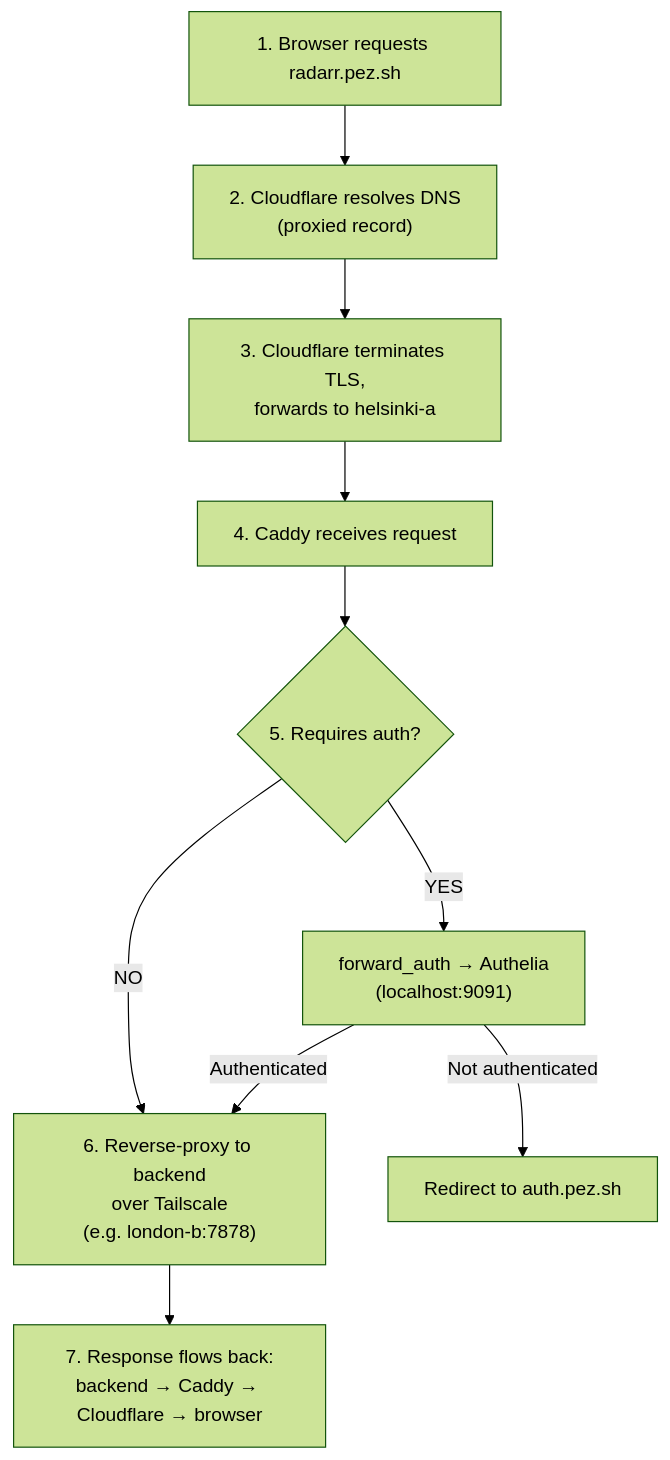
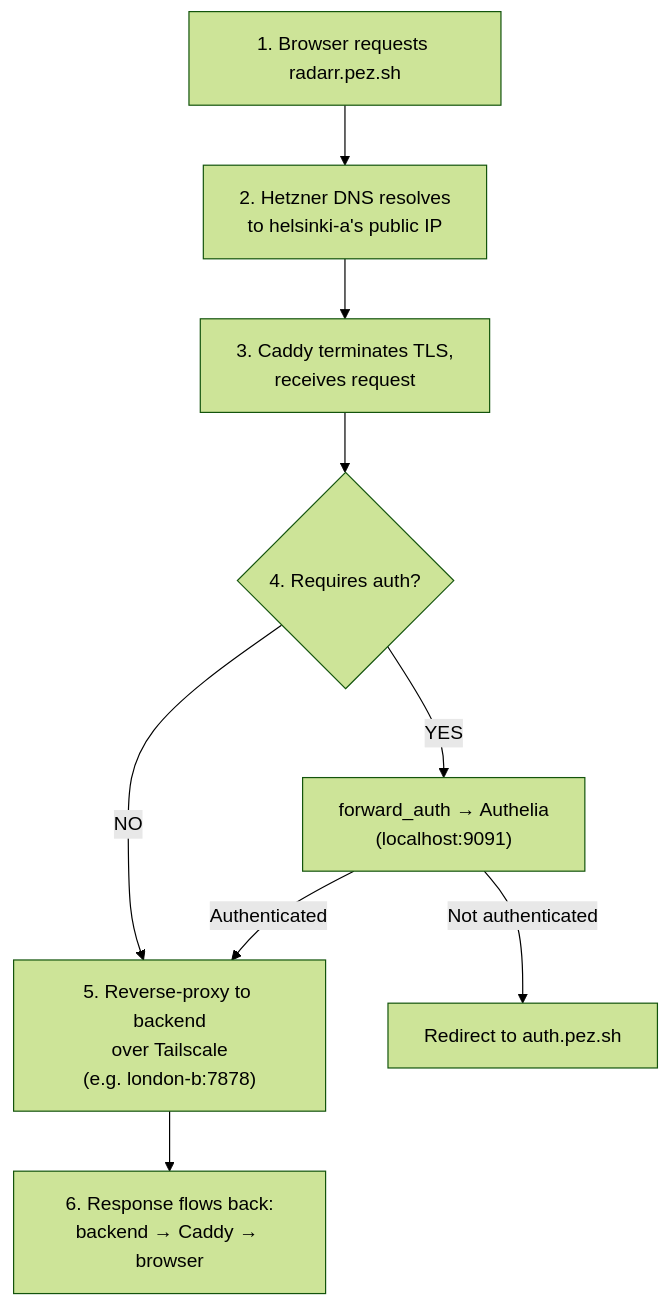
One commit to RWejlgaard/pez-infra changed the diagram in docs/networking.md. Above: the diagram before and after it, drawn with Mermaid (forest theme). The commit also changed other lines of this file and 7 other files, not shown here.

First line of the commit message:
docs: catch up with the Cloudflare to Hetzner DNS move, fix secrets/terraform drift (#130)

````diff
--- a/docs/networking.md
+++ b/docs/networking.md
@@ -66,15 +66,14 @@
 ```mermaid
 graph TD
-    Browser["1. Browser requests radarr.pez.sh"] --> CF
-    CF["2. Cloudflare resolves DNS<br/>(proxied record)"] --> TLS
-    TLS["3. Cloudflare terminates TLS,<br/>forwards to helsinki-a"] --> Caddy
-    Caddy["4. Caddy receives request"] --> AuthCheck{"5. Requires auth?"}
+    Browser["1. Browser requests radarr.pez.sh"] --> DNS
+    DNS["2. Hetzner DNS resolves<br/>to helsinki-a's public IP"] --> Caddy
+    Caddy["3. Caddy terminates TLS,<br/>receives request"] --> AuthCheck{"4. Requires auth?"}
 
     AuthCheck -->|YES| Authelia["forward_auth → Authelia<br/>(localhost:9091)"]
     AuthCheck -->|NO| Proxy
 
-    Authelia -->|Authenticated| Proxy["6. Reverse-proxy to backend<br/>over Tailscale<br/>(e.g. london-b:7878)"]
+    Authelia -->|Authenticated| Proxy["5. Reverse-proxy to backend<br/>over Tailscale<br/>(e.g. london-b:7878)"]
     Authelia -->|Not authenticated| Redirect["Redirect to auth.pez.sh"]
 
-    Proxy --> Response["7. Response flows back:<br/>backend → Caddy → Cloudflare → browser"]
+    Proxy --> Response["6. Response flows back:<br/>backend → Caddy → browser"]
 ```
````
